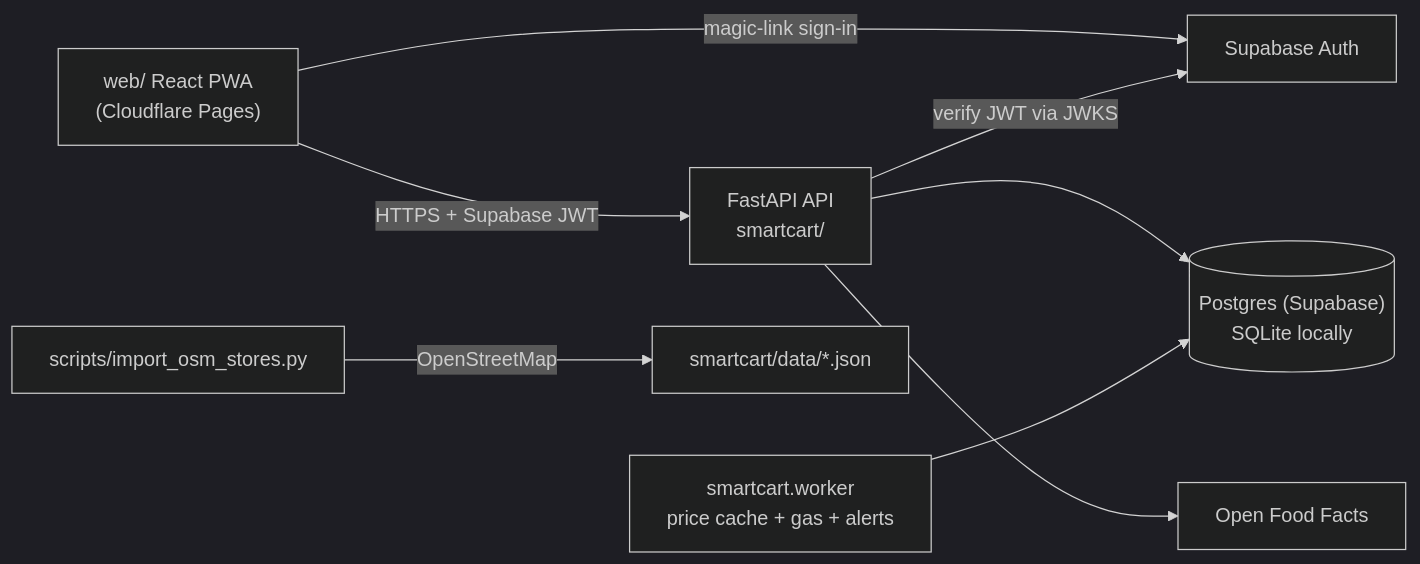
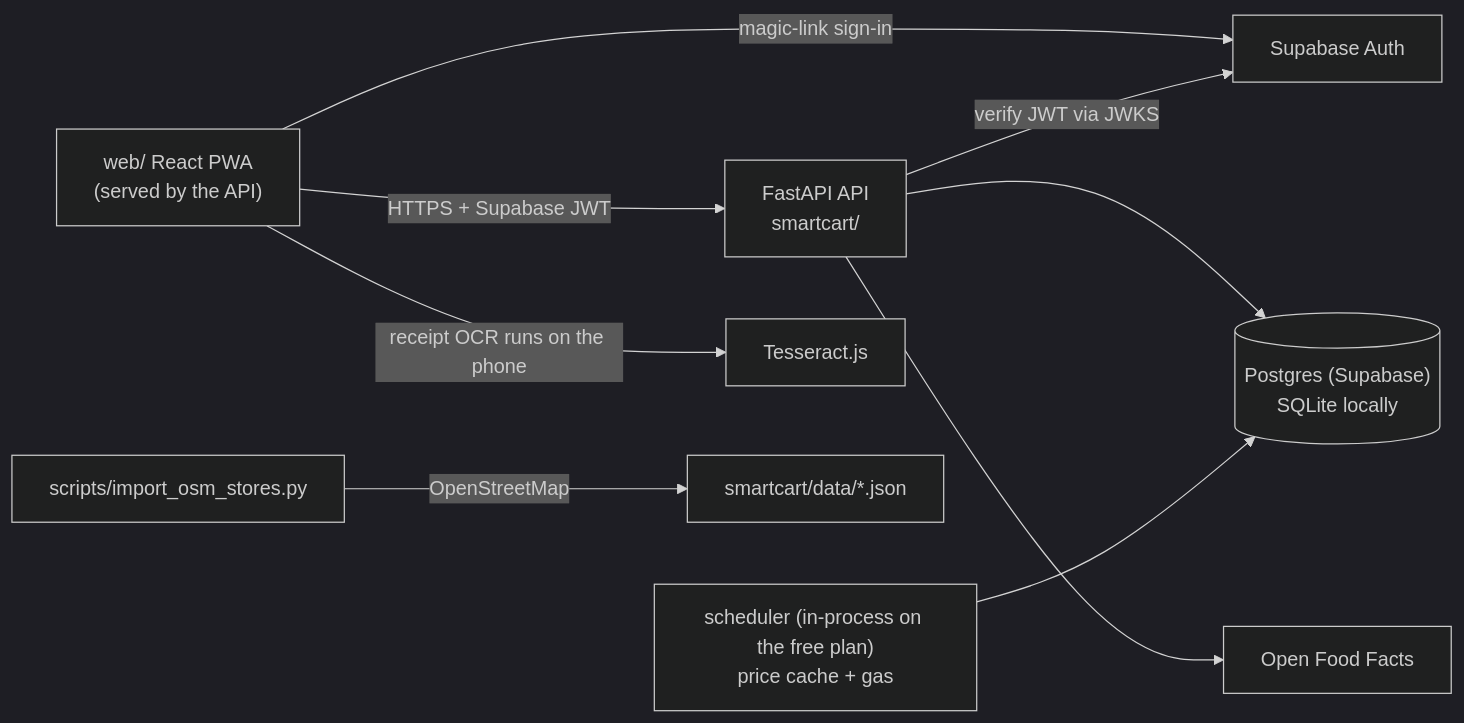
The diagram in README.md (Divyesh-Challa/SmartCart), drawn with Mermaid (dark theme) before and after one commit. The commit also changed other lines of this file and 4 other files, not shown here.

````diff
--- a/README.md
+++ b/README.md
@@ -56,10 +56,11 @@
 ```mermaid
 flowchart LR
-    PWA["web/ React PWA<br/>(Cloudflare Pages)"] -->|HTTPS + Supabase JWT| API["FastAPI API<br/>smartcart/"]
+    PWA["web/ React PWA<br/>(served by the API)"] -->|HTTPS + Supabase JWT| API["FastAPI API<br/>smartcart/"]
     PWA -->|magic-link sign-in| Auth["Supabase Auth"]
     API -->|verify JWT via JWKS| Auth
     API --> DB[("Postgres (Supabase)<br/>SQLite locally")]
-    Worker["smartcart.worker<br/>price cache + gas + alerts"] --> DB
+    Worker["scheduler (in-process on the free plan)<br/>price cache + gas"] --> DB
+    PWA -->|receipt OCR runs on the phone| OCR["Tesseract.js"]
     API --> OFF["Open Food Facts"]
     Import["scripts/import_osm_stores.py"] -->|OpenStreetMap| Data["smartcart/data/*.json"]
 ```
````
